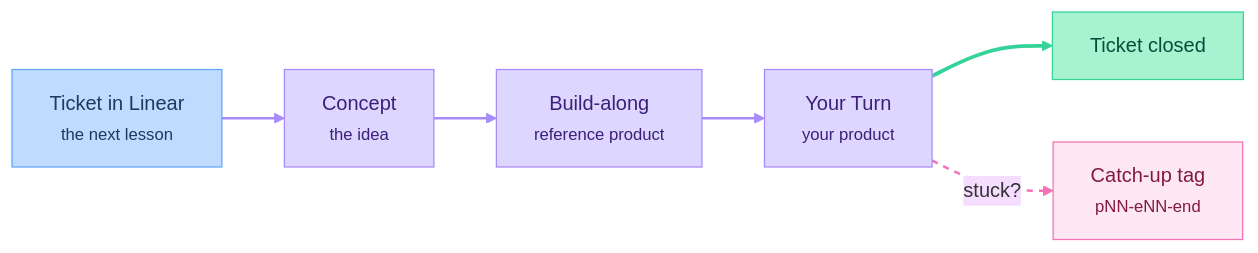
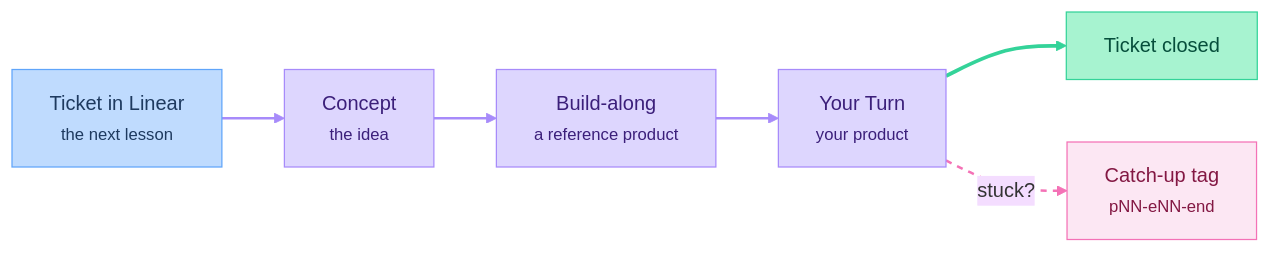
Before and after one commit to hejazizo/product-with-ai: the first of 7 diagrams in course/README.md, drawn with Mermaid. The commit also changed other lines of this file and 4 other files, not shown here.

````diff
--- a/course/README.md
+++ b/course/README.md
@@ -7,23 +9,23 @@
 ```mermaid
 %%{init: {'theme': 'base', 'themeVariables': {'background': '#ffffff'}, 'flowchart': {'curve': 'basis'}}}%%
 flowchart LR
     T["Ticket in Linear<br/><small>the next lesson</small>"] --> C["Concept<br/><small>the idea</small>"]
-    C --> B["Build-along<br/><small>reference product</small>"]
+    C --> B["Build-along<br/><small>a reference product</small>"]
     B --> Y["Your Turn<br/><small>your product</small>"]
     Y --> D["Ticket closed"]
     Y -.->|"stuck?"| K["Catch-up tag<br/><small>pNN-eNN-end</small>"]
 
     classDef start fill:#bfdbfe,stroke:#60a5fa,color:#1e3a5f
     classDef step fill:#ddd6fe,stroke:#a78bfa,color:#3b1f7a
     classDef done fill:#a7f3d0,stroke:#34d399,color:#064e3b
     classDef side fill:#fce7f3,stroke:#f472b6,color:#831843
 
     class T start
     class C,B,Y step
     class D done
     class K side
 
     linkStyle 0,1,2 stroke:#a78bfa,stroke-width:2px
     linkStyle 3 stroke:#34d399,stroke-width:3px
     linkStyle 4 stroke:#f472b6,stroke-width:2px,stroke-dasharray:5
 ```
````
